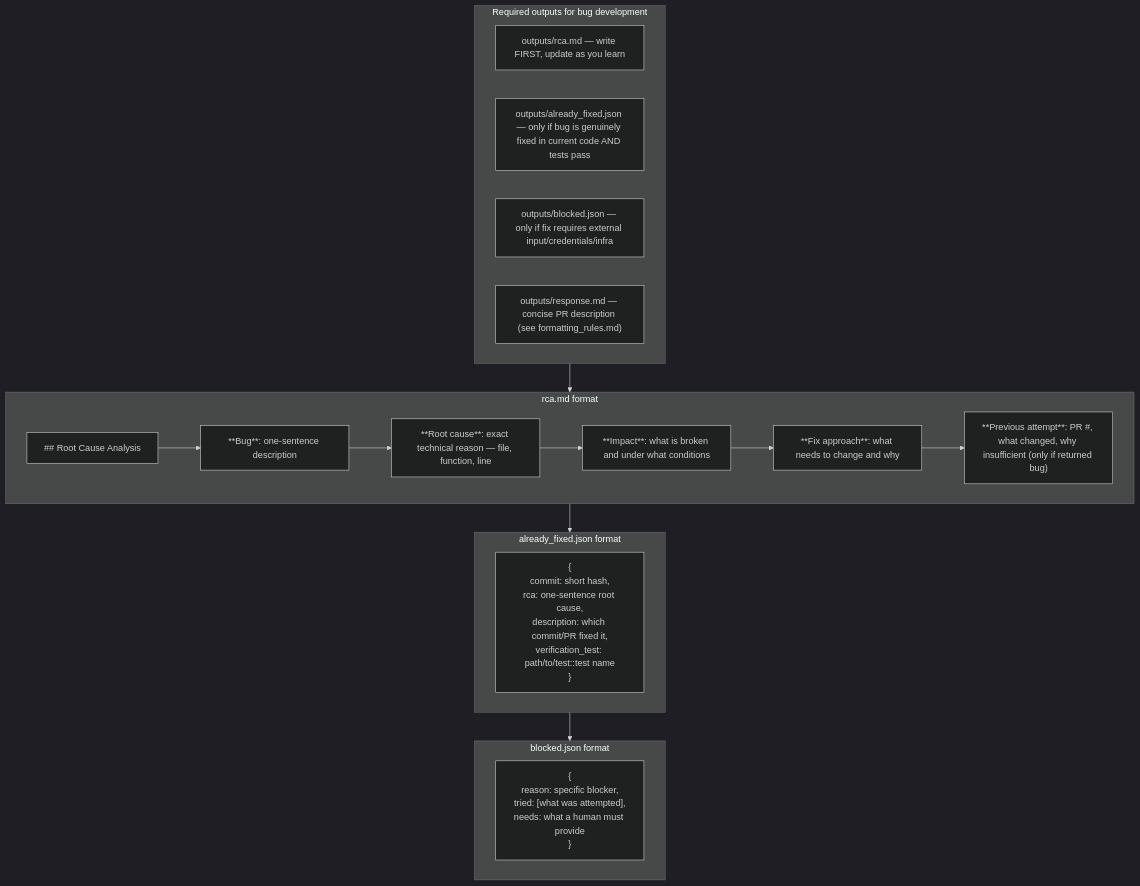
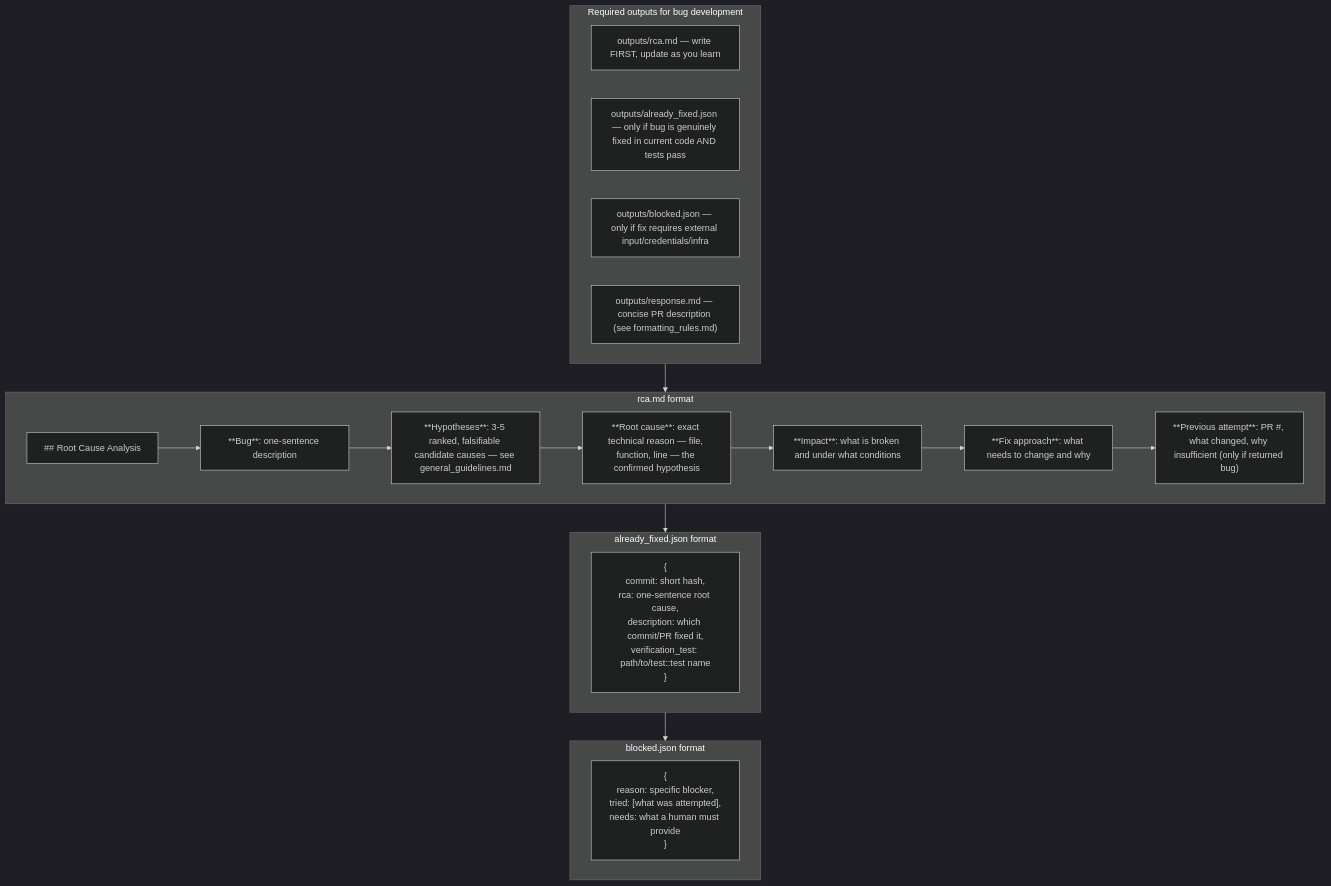
Before and after one commit to kejno/bonapp: the diagram in .dmtools/agents/instructions/bug_development/output_rules.md, drawn with Mermaid (dark theme). The commit also changed 1 other file, not shown here.

Commit message:
fix(dmtools): rank hypotheses before repro, gate on debug-log cleanup
bug_development went straight from RCA to writing a reproduction test,
anchoring on whatever cause looked most obvious first. Added a step
between RCA and reproduction requiring 3-5 ranked, falsifiable hypotheses
("if X is the cause, then changing Y makes the bug disappear") before any
code is touched — the reproduction test then targets the top-ranked one,
and a falsified hypothesis gets recorded rather than silently abandoned.
Added the corresponding "Hypotheses" field to the rca.md output format.

Also added a debug-log cleanup gate: any temporary instrumentation must
carry a `[DEBUG-xxxx]` prefix, grepped and removed before finishing —
untagged debug logs left behind were indistinguishable from intentional
ones and surfaced as review findings after the fact.

Adapted from github.com/mattpocock/skills (diagnosing-bugs skill).

````diff
--- a/.dmtools/agents/instructions/bug_development/output_rules.md
+++ b/.dmtools/agents/instructions/bug_development/output_rules.md
@@ -1,29 +1,30 @@
 ```mermaid
 flowchart TD
     subgraph OUTPUTS["Required outputs for bug development"]
         O1["outputs/rca.md — write FIRST, update as you learn"]
         O2["outputs/already_fixed.json — only if bug is genuinely fixed in current code AND tests pass"]
         O3["outputs/blocked.json — only if fix requires external input/credentials/infra"]
         O4["outputs/response.md — concise PR description (see formatting_rules.md)"]
     end
 
     subgraph RCA["rca.md format"]
         R1["## Root Cause Analysis"]
         R2["**Bug**: one-sentence description"]
-        R3["**Root cause**: exact technical reason — file, function, line"]
-        R4["**Impact**: what is broken and under what conditions"]
-        R5["**Fix approach**: what needs to change and why"]
-        R6["**Previous attempt**: PR #, what changed, why insufficient (only if returned bug)"]
-        R1 --> R2 --> R3 --> R4 --> R5 --> R6
+        R3["**Hypotheses**: 3-5 ranked, falsifiable candidate causes — see general_guidelines.md"]
+        R4["**Root cause**: exact technical reason — file, function, line — the confirmed hypothesis"]
+        R5["**Impact**: what is broken and under what conditions"]
+        R6["**Fix approach**: what needs to change and why"]
+        R7["**Previous attempt**: PR #, what changed, why insufficient (only if returned bug)"]
+        R1 --> R2 --> R3 --> R4 --> R5 --> R6 --> R7
     end
 
     subgraph ALREADY["already_fixed.json format"]
         A1["{<br/>commit: short hash,<br/>rca: one-sentence root cause,<br/>description: which commit/PR fixed it,<br/>verification_test: path/to/test::test name<br/>}"]
     end
 
     subgraph BLOCKED["blocked.json format"]
         B1["{<br/>reason: specific blocker,<br/>tried: [what was attempted],<br/>needs: what a human must provide<br/>}"]
     end
 
     OUTPUTS --> RCA --> ALREADY --> BLOCKED
 ```
````
